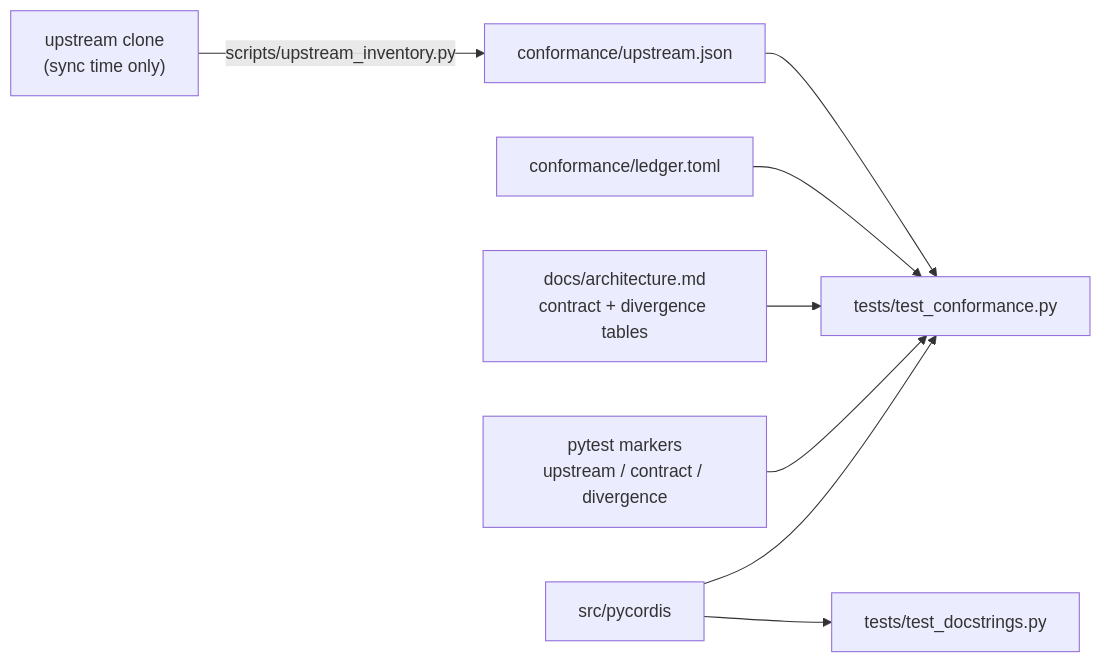
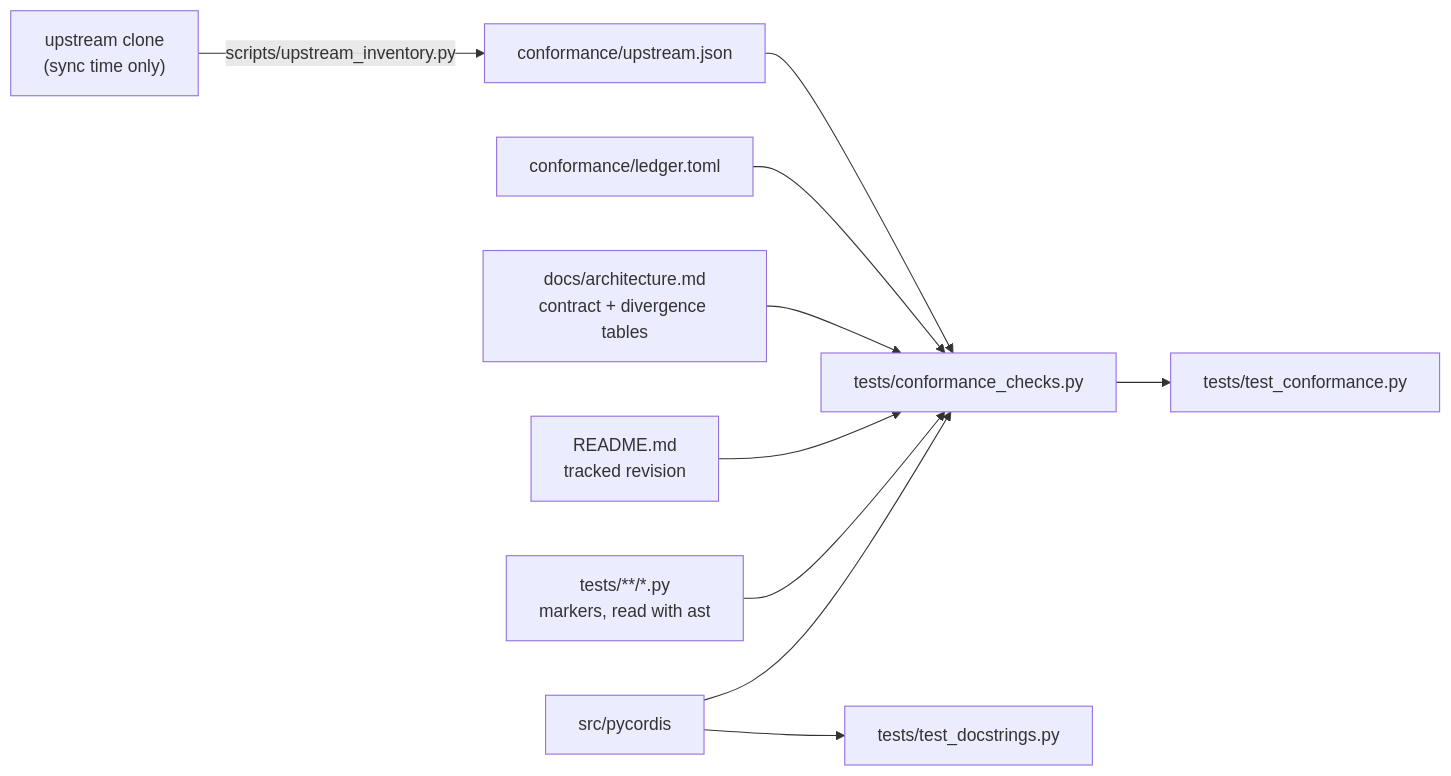
One commit to uclatommy/pycordis changed the diagram in docs/build_specs/conformance.md. Above: the diagram before and after it, drawn with Mermaid. The commit also changed other lines of this file and 1 other file, not shown here.

First line of the commit message:
docs: review the conformance spec and protect conformance tests

````diff
--- a/docs/build_specs/conformance.md
+++ b/docs/build_specs/conformance.md
@@ -20,10 +20,12 @@
 ```mermaid
 flowchart LR
     UP["upstream clone<br/>(sync time only)"] -->|scripts/upstream_inventory.py| INV[conformance/upstream.json]
-    INV --> CHK[tests/test_conformance.py]
+    INV --> CHK[tests/conformance_checks.py]
     LED[conformance/ledger.toml] --> CHK
     ARCH["docs/architecture.md<br/>contract + divergence tables"] --> CHK
-    MRK["pytest markers<br/>upstream / contract / divergence"] --> CHK
+    README["README.md<br/>tracked revision"] --> CHK
+    TST["tests/**/*.py<br/>markers, read with ast"] --> CHK
     SRC[src/pycordis] --> CHK
+    CHK --> RUN[tests/test_conformance.py]
     SRC --> DOC[tests/test_docstrings.py]
 ```
````
